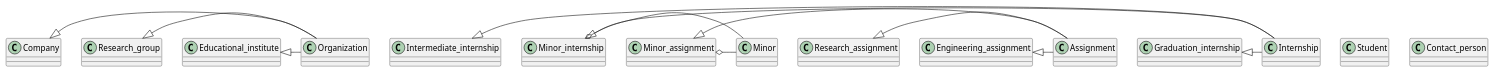
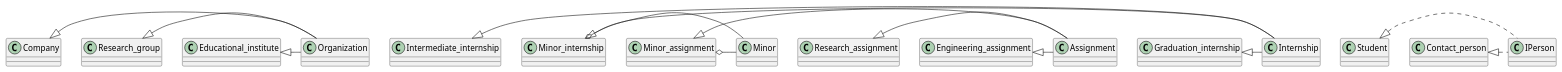
One commit to JoiningwithMattheus/Week1 changed the diagram in Week3/ClassDiagram.puml. Above: the diagram before and after it, drawn with PlantUML.

Commit message:
Update ClassDiagram.puml
added IPerson interface

```diff
--- a/Week3/ClassDiagram.puml
+++ b/Week3/ClassDiagram.puml
@@ -1,73 +1,79 @@
 @startuml SIS
 
 class Organization {
 
 }
 
 class Company {
 
 }
 Company <|- Organization
 
 class Research_group{
 
 }
 Research_group <|- Organization
 
 class Educational_institute{
 
 }
 Educational_institute <|- Organization
 
 class Internship {
 
 }
 
 class Intermediate_internship {
 
 }
 Intermediate_internship <|- Internship
 
 class Minor_internship {
 
 }
 Minor_internship <|- Internship
 Minor_internship o- Minor
 
 class Graduation_internship {
 
 }
 Graduation_internship <|- Internship
 
 class Assignment {
 
 }
 
 class Research_assignment {
 
 }
 Research_assignment <|- Assignment
 
 class Minor_assignment {
 
 }
 Minor_assignment <|- Assignment
 Minor_assignment o- Minor
 
 class Engineering_assignment {
 
 }
 Engineering_assignment <|- Assignment
 
+class IPerson{
+
+}
+
 class Student {
 
 }
+Student <|. IPerson
 
 class Contact_person {
 
 }
+Contact_person <|. IPerson
 
 class Minor {
 
 }
 @enduml
```
